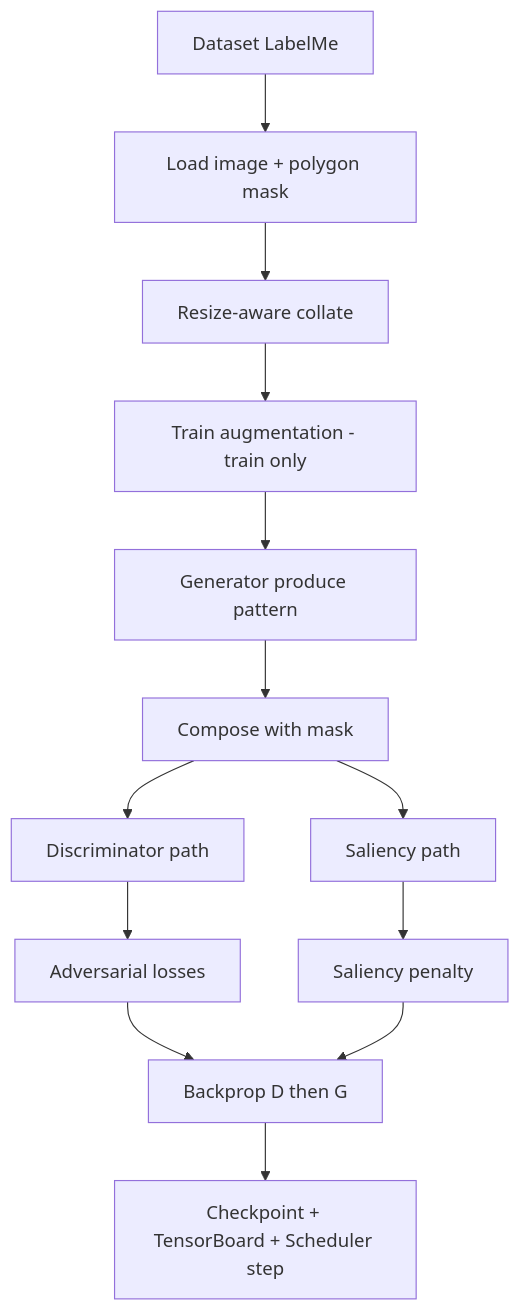
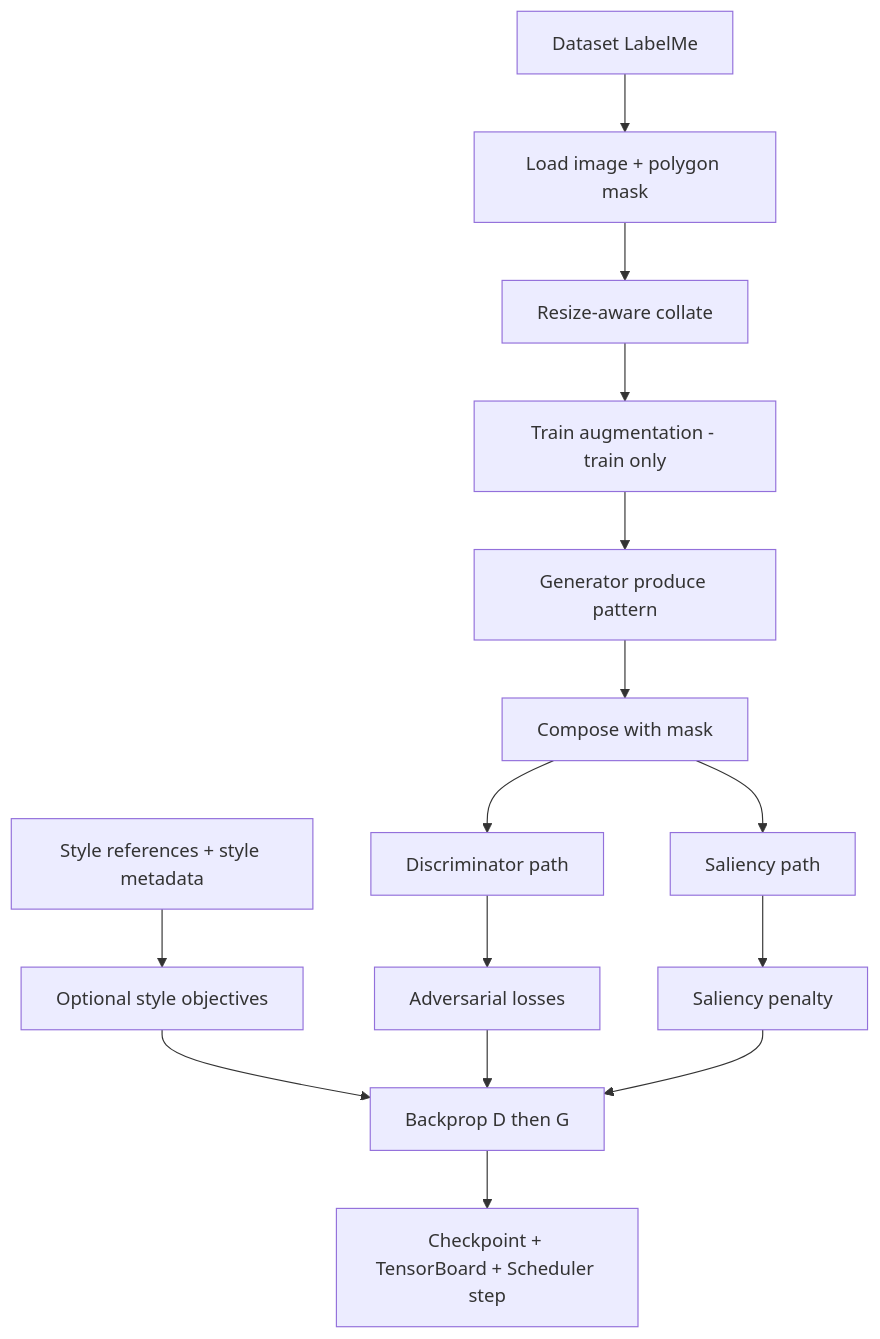
The second of 17 diagrams in HCAS-GAN_Dokumentasi_Eksperimen_Komprehensif.md (bimyusufk/hcas-gan), drawn with Mermaid before and after one commit. The commit also changed other lines of this file and 25 other files, not shown here.

````diff
--- a/HCAS-GAN_Dokumentasi_Eksperimen_Komprehensif.md
+++ b/HCAS-GAN_Dokumentasi_Eksperimen_Komprehensif.md
@@ -101,15 +114,17 @@
 ```mermaid
 flowchart TD
     A[Dataset LabelMe] --> B[Load image + polygon mask]
+    A2[Style references + style metadata] --> J2[Optional style objectives]
     B --> C[Resize-aware collate]
     C --> D[Train augmentation - train only]
     D --> E[Generator produce pattern]
     E --> F[Compose with mask]
     F --> G[Discriminator path]
     F --> H[Saliency path]
     G --> I[Adversarial losses]
     H --> J[Saliency penalty]
+    J2 --> K
     I --> K[Backprop D then G]
     J --> K
     K --> L[Checkpoint + TensorBoard + Scheduler step]
 ```
````
